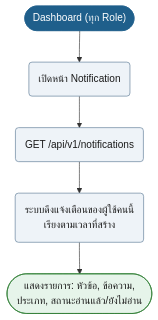
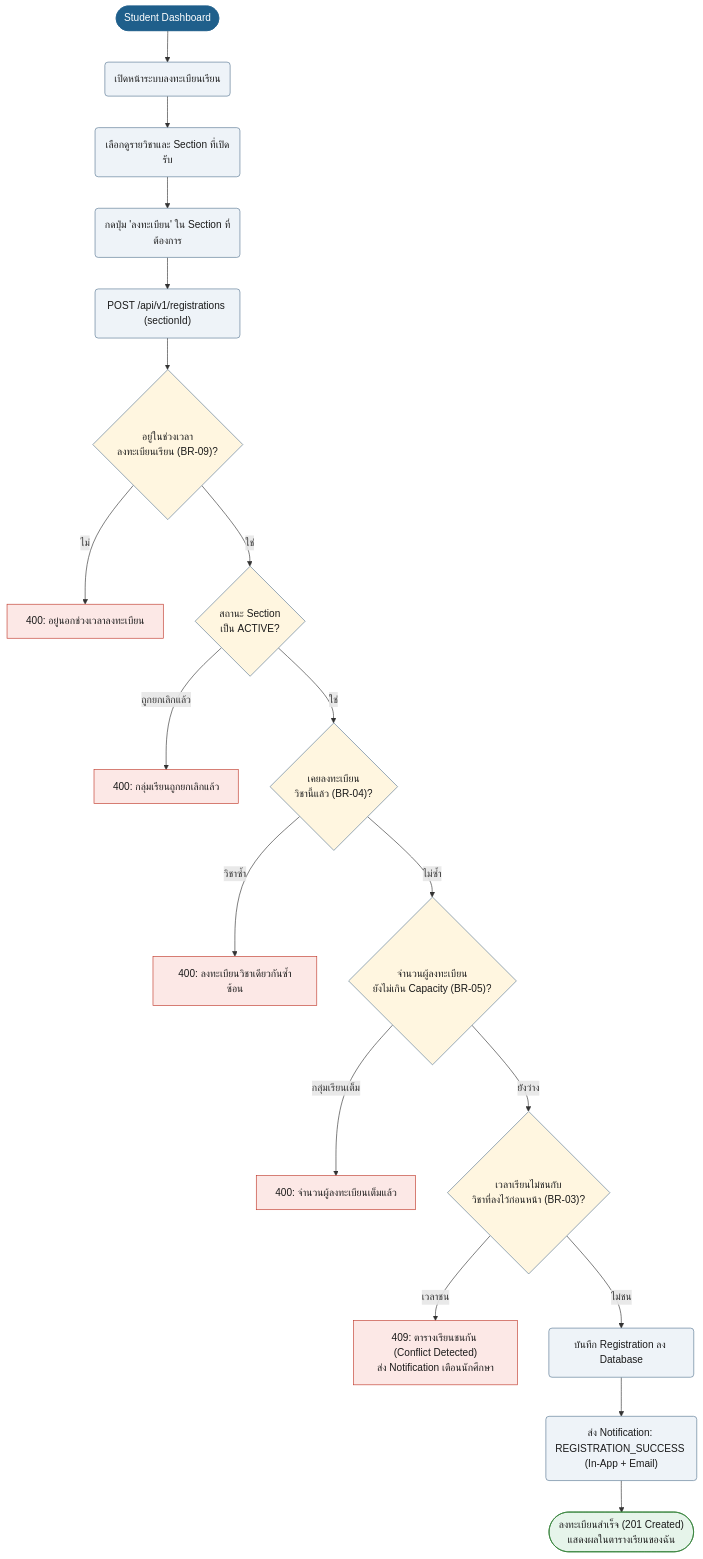
Before and after one commit to synthesixer/AcadOS: the fourth of 19 diagrams in doc/diagram/Userflow_diagram.md, drawn with Mermaid. The commit also changed other lines of this file and 8 other files, not shown here.

````diff
--- a/doc/diagram/Userflow_diagram.md
+++ b/doc/diagram/Userflow_diagram.md
@@ -206,18 +167,38 @@
 ```mermaid
 flowchart TD
-    n1(["Dashboard (ทุก Role)"]):::start
-    n2("เปิดหน้า Notification"):::act
-    n3("GET /api/v1/notifications"):::act
-    n4("ระบบดึงแจ้งเตือนของผู้ใช้คนนี้<br/>เรียงตามเวลาที่สร้าง"):::act
-    n5(["แสดงรายการ: หัวข้อ, ข้อความ,<br/>ประเภท, สถานะอ่านแล้ว/ยังไม่อ่าน"]):::ok
-    n1 --> n2
-    n2 --> n3
+    n1(["Student Dashboard"]):::start
+    n2("เปิดหน้าระบบลงทะเบียนเรียน"):::act
+    n3("เลือกดูรายวิชาและ Section ที่เปิดรับ"):::act
+    n1 --> n2 --> n3
+    n4("กดปุ่ม 'ลงทะเบียน' ใน Section ที่ต้องการ"):::act
     n3 --> n4
+    n5("POST /api/v1/registrations (sectionId)"):::act
     n4 --> n5
+    br9{"อยู่ในช่วงเวลา<br/>ลงทะเบียนเรียน (BR-09)?"}:::dec
+    n5 --> br9
+    br9 -->|ไม่| err9["400: อยู่นอกช่วงเวลาลงทะเบียน"]:::bad
+    sec_chk{"สถานะ Section<br/>เป็น ACTIVE?"}:::dec
+    br9 -->|ใช่| sec_chk
+    sec_chk -->|ถูกยกเลิกแล้ว| err_sec["400: กลุ่มเรียนถูกยกเลิกแล้ว"]:::bad
+    br4{"เคยลงทะเบียน<br/>วิชานี้แล้ว (BR-04)?"}:::dec
+    sec_chk -->|ใช่| br4
+    br4 -->|วิชาซ้ำ| err4["400: ลงทะเบียนวิชาเดียวกันซ้ำซ้อน"]:::bad
+    br5{"จำนวนผู้ลงทะเบียน<br/>ยังไม่เกิน Capacity (BR-05)?"}:::dec
+    br4 -->|ไม่ซ้ำ| br5
+    br5 -->|กลุ่มเรียนเต็ม| err5["400: จำนวนผู้ลงทะเบียนเต็มแล้ว"]:::bad
+    br3{"เวลาเรียนไม่ชนกับ<br/>วิชาที่ลงไว้ก่อนหน้า (BR-03)?"}:::dec
+    br5 -->|ยังว่าง| br3
+    br3 -->|เวลาชน| err3["409: ตารางเรียนชนกัน (Conflict Detected)<br/>ส่ง Notification เตือนนักศึกษา"]:::bad
+    save_reg("บันทึก Registration ลง Database"):::act
+    br3 -->|ไม่ชน| save_reg
+    notify("ส่ง Notification: REGISTRATION_SUCCESS (In-App + Email)"):::act
+    save_reg --> notify
+    done(["ลงทะเบียนสำเร็จ (201 Created)<br/>แสดงผลในตารางเรียนของฉัน"]):::ok
+    notify --> done
+
     classDef start fill:#1F5F8B,stroke:#1F5F8B,color:#fff
     classDef act fill:#EEF3F8,stroke:#5B7A94,color:#1a1a1a
     classDef dec fill:#FFF6E0,stroke:#5B7A94,color:#1a1a1a
     classDef bad fill:#FCE8E6,stroke:#C0392B,color:#1a1a1a
     classDef ok fill:#E6F4EA,stroke:#2E7D32,color:#1a1a1a
-    classDef note fill:#F4F4F4,stroke:#999,color:#1a1a1a
 ```
````
